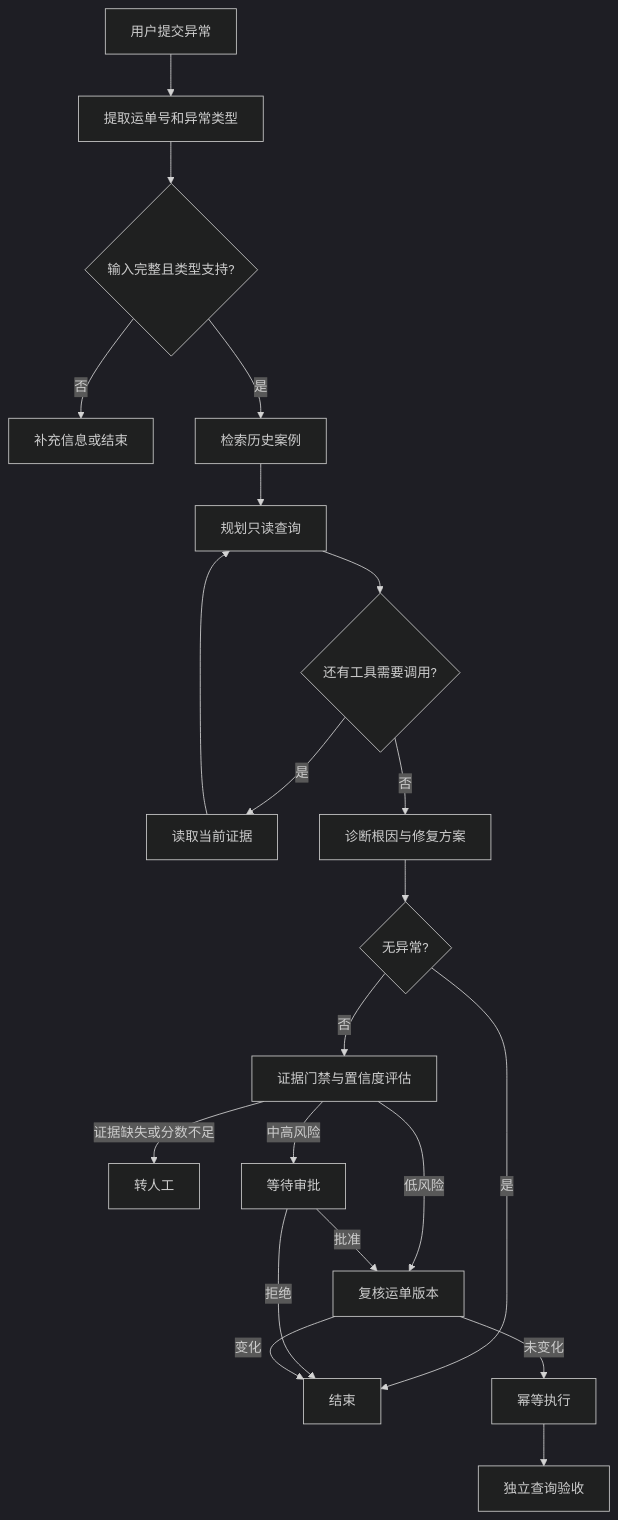
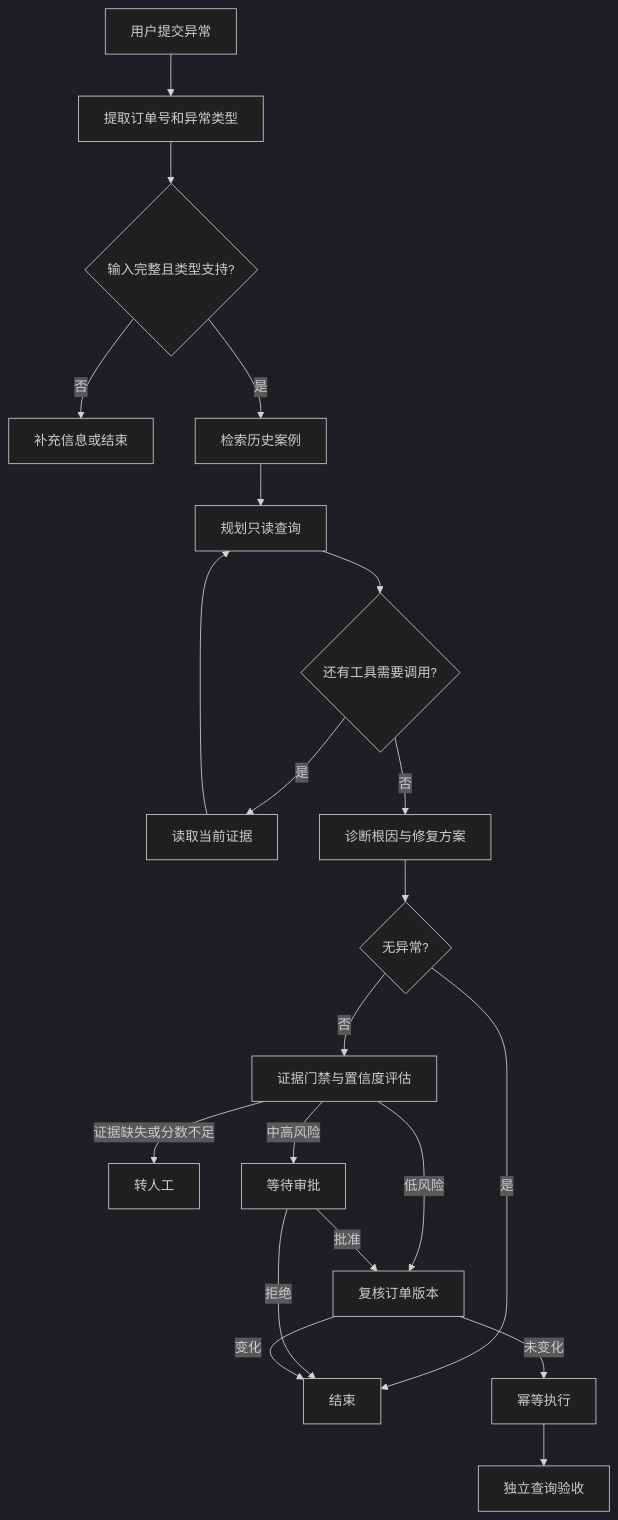
The diagram in docs/项目使用与代码导读.md (Jadenleezj/repair-agent), drawn with Mermaid (dark theme) before and after one commit. The commit also changed other lines of this file and 82 other files, not shown here.

````diff
--- a/docs/项目使用与代码导读.md
+++ b/docs/项目使用与代码导读.md
@@ -64,23 +64,23 @@
 ```mermaid
 flowchart TD
-    A[用户提交异常] --> B[提取运单号和异常类型]
+    A[用户提交异常] --> B[提取订单号和异常类型]
     B --> C{输入完整且类型支持?}
     C -->|否| D[补充信息或结束]
     C -->|是| E[检索历史案例]
     E --> F[规划只读查询]
     F --> G{还有工具需要调用?}
     G -->|是| H[读取当前证据]
     H --> F
     G -->|否| I[诊断根因与修复方案]
     I --> J{无异常?}
     J -->|是| K[结束]
     J -->|否| L[证据门禁与置信度评估]
     L -->|证据缺失或分数不足| M[转人工]
     L -->|中高风险| N[等待审批]
-    L -->|低风险| O[复核运单版本]
+    L -->|低风险| O[复核订单版本]
     N -->|批准| O
     N -->|拒绝| K
     O -->|变化| K
     O -->|未变化| P[幂等执行]
     P --> Q[独立查询验收]
 ```
````
